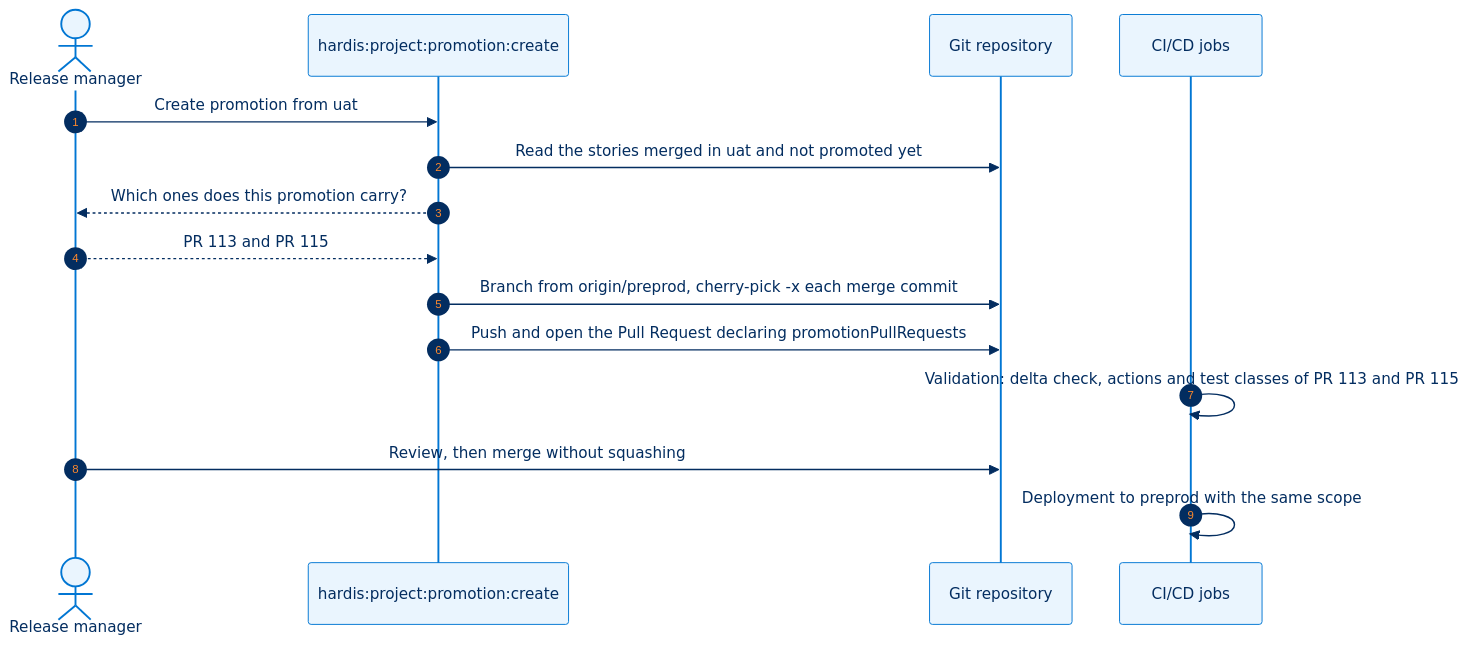
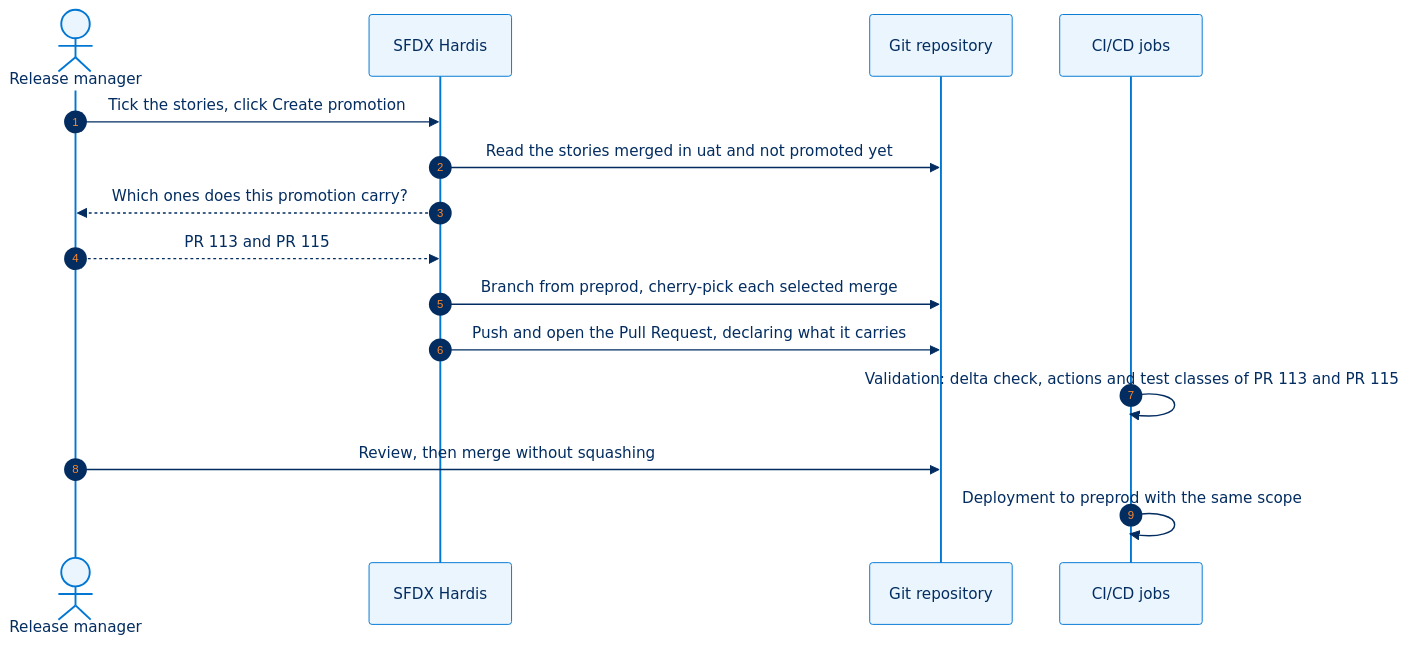
Before and after one commit to hardisgroupcom/sfdx-hardis: the third of 3 diagrams in docs/salesforce-ci-cd-promotion-branches.md, drawn with Mermaid. The commit also changed other lines of this file and 12 other files, not shown here.

````diff
--- a/docs/salesforce-ci-cd-promotion-branches.md
+++ b/docs/salesforce-ci-cd-promotion-branches.md
@@ -193,18 +195,18 @@
 ```mermaid
 %%{init: {"theme": "base", "themeVariables": {"primaryColor": "#eaf5fe", "primaryTextColor": "#032d60", "primaryBorderColor": "#0176d3", "lineColor": "#0176d3", "secondaryColor": "#f3f3f3", "tertiaryColor": "#ffffff", "fontFamily": "Salesforce Sans, Arial, sans-serif"}}}%%
 sequenceDiagram
     autonumber
     actor RM as Release manager
-    participant CLI as hardis:project:promotion:create
+    participant CLI as SFDX Hardis
     participant Git as Git repository
     participant CI as CI/CD jobs
-    RM->>CLI: Create promotion from uat
+    RM->>CLI: Tick the stories, click Create promotion
     CLI->>Git: Read the stories merged in uat and not promoted yet
     CLI-->>RM: Which ones does this promotion carry?
     RM-->>CLI: PR 113 and PR 115
-    CLI->>Git: Branch from origin/preprod, cherry-pick -x each merge commit
-    CLI->>Git: Push and open the Pull Request declaring promotionPullRequests
+    CLI->>Git: Branch from preprod, cherry-pick each selected merge
+    CLI->>Git: Push and open the Pull Request, declaring what it carries
     CI->>CI: Validation: delta check, actions and test classes of PR 113 and PR 115
     RM->>Git: Review, then merge without squashing
     CI->>CI: Deployment to preprod with the same scope
 ```
````
